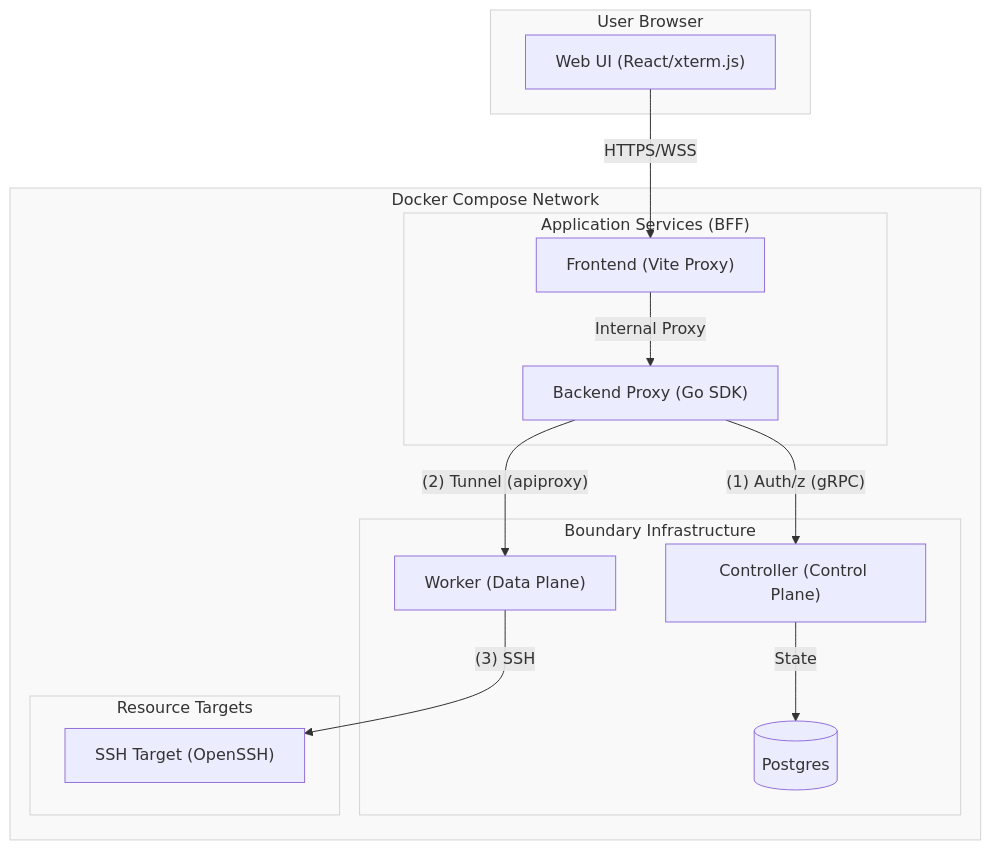
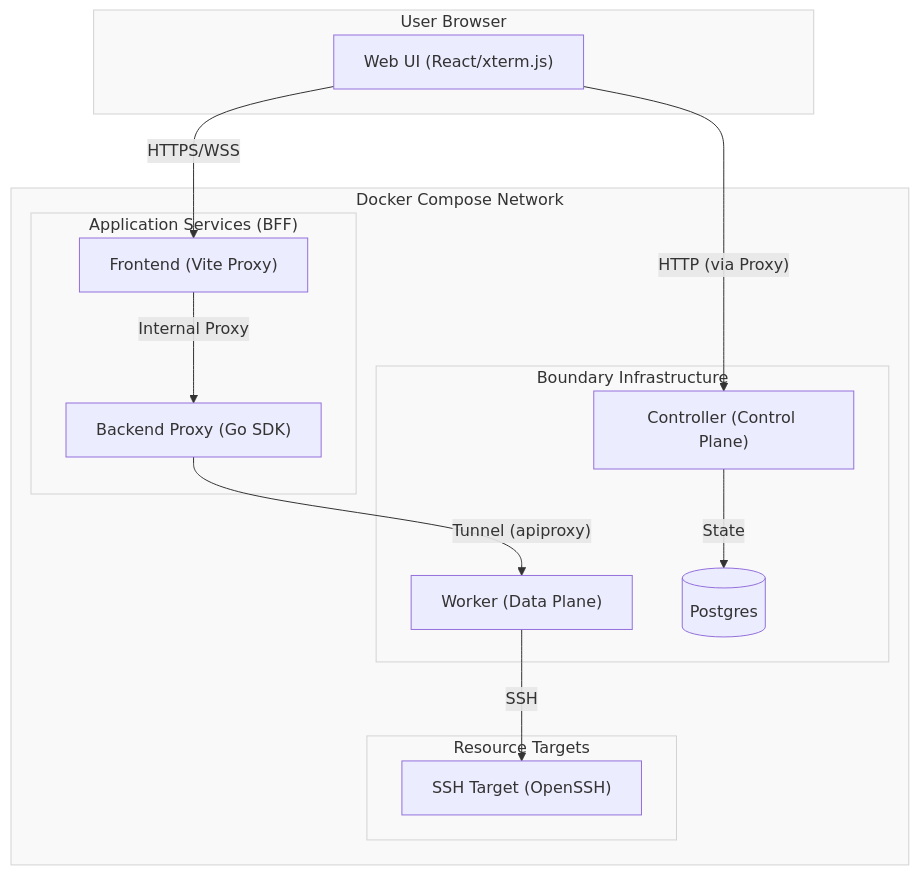
One commit to arsenyspb/comet-boundary changed the first of 2 diagrams in README.md. Above: the diagram before and after it, drawn with Mermaid. The commit also changed other lines of this file and 6 other files, not shown here.

````diff
--- a/README.md
+++ b/README.md
@@ -16,37 +16,37 @@
 ```mermaid
 graph TB
     subgraph Browser ["User Browser"]
         UI["Web UI (React/xterm.js)"]
     end
 
     subgraph Docker ["Docker Compose Network"]
         subgraph App ["Application Services (BFF)"]
             Front["Frontend (Vite Proxy)"]
             Back["Backend Proxy (Go SDK)"]
         end
 
         subgraph Boundary ["Boundary Infrastructure"]
             Cont["Controller (Control Plane)"]
             Work["Worker (Data Plane)"]
             DB[(Postgres)]
         end
 
         subgraph Targets ["Resource Targets"]
             SSH["SSH Target (OpenSSH)"]
         end
     end
 
     UI -- "HTTPS/WSS" --> Front
+    UI -- "HTTP (via Proxy)" --> Cont
     Front -- "Internal Proxy" --> Back
-    Back -- "(1) Auth/z (gRPC)" --> Cont
-    Back -- "(2) Tunnel (apiproxy)" --> Work
+    Back -- "Tunnel (apiproxy)" --> Work
     Cont -- "State" --> DB
-    Work -- "(3) SSH" --> SSH
+    Work -- "SSH" --> SSH
 
     %% Styling for light gray background
     style Browser fill:#f9f9f9,stroke:#d3d3d3
     style Docker fill:#f9f9f9,stroke:#d3d3d3
     style App fill:#f9f9f9,stroke:#d3d3d3
     style Boundary fill:#f9f9f9,stroke:#d3d3d3
     style Targets fill:#f9f9f9,stroke:#d3d3d3
 ```
````
